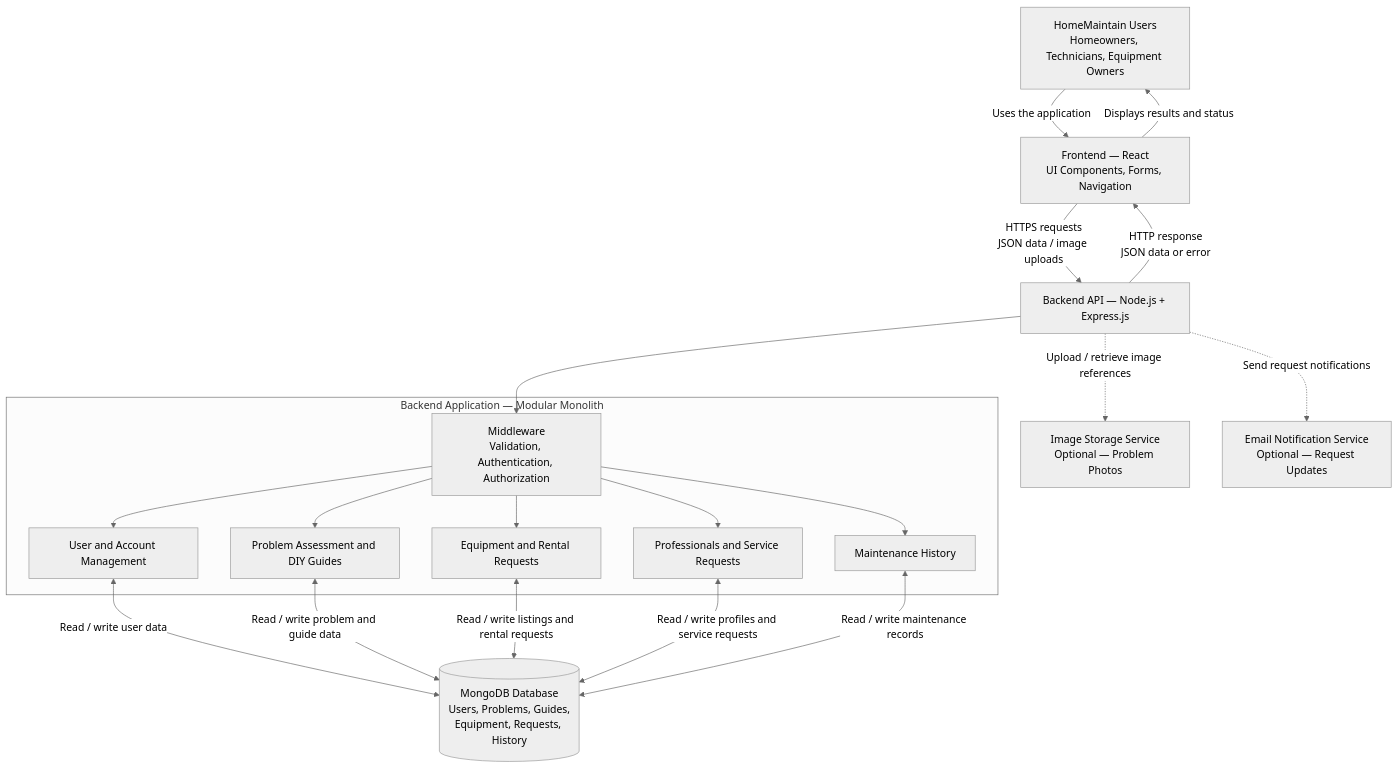
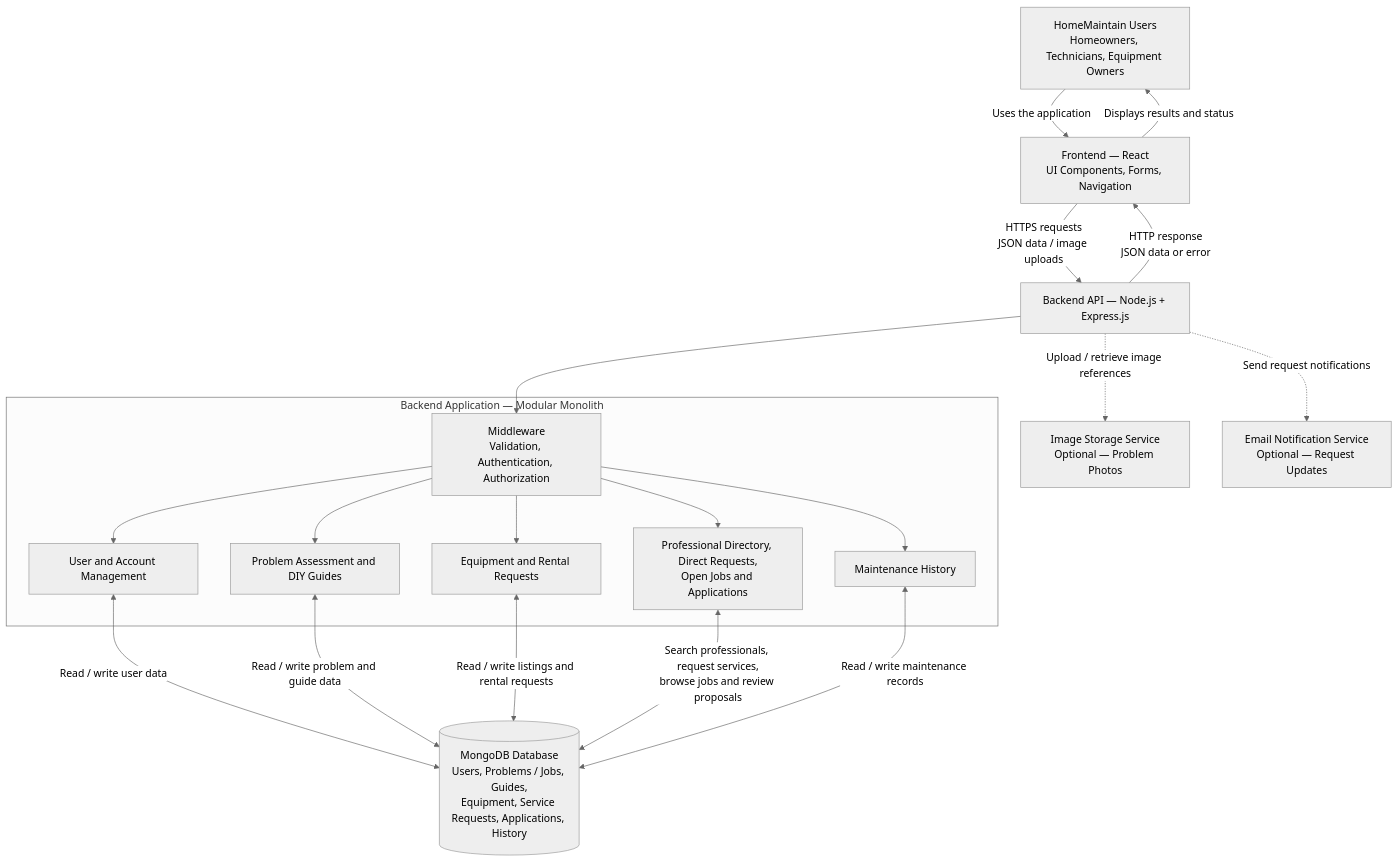
The diagram in Project_Documentation/SystemArchitecture.md (zannedMaryem/holberton_HomeMaintain), drawn with Mermaid (neutral theme) before and after one commit. The commit also changed other lines of this file and 4 other files, not shown here.

````diff
--- a/Project_Documentation/SystemArchitecture.md
+++ b/Project_Documentation/SystemArchitecture.md
@@ -22,40 +22,40 @@
 ```mermaid
 flowchart TD
     USER["HomeMaintain Users<br/>Homeowners, Technicians, Equipment Owners"]
     FRONT["Frontend — React<br/>UI Components, Forms, Navigation"]
     API["Backend API — Node.js + Express.js"]
 
     subgraph SERVER["Backend Application — Modular Monolith"]
         MW["Middleware<br/>Validation, Authentication, Authorization"]
         AUTH["User and Account Management"]
         PROB["Problem Assessment and DIY Guides"]
         RENT["Equipment and Rental Requests"]
-        TECH["Professionals and Service Requests"]
+        TECH["Professional Directory, Direct Requests,<br/>Open Jobs and Applications"]
         HIST["Maintenance History"]
     end
 
-    DB[("MongoDB Database<br/>Users, Problems, Guides,<br/>Equipment, Requests, History")]
+    DB[("MongoDB Database<br/>Users, Problems / Jobs, Guides,<br/>Equipment, Service Requests, Applications, History")]
     STORAGE["Image Storage Service<br/>Optional — Problem Photos"]
     EMAIL["Email Notification Service<br/>Optional — Request Updates"]
 
     USER -->|"Uses the application"| FRONT
     FRONT -->|"HTTPS requests<br/>JSON data / image uploads"| API
     API --> MW
     MW --> AUTH
     MW --> PROB
     MW --> RENT
     MW --> TECH
     MW --> HIST
 
     AUTH <-->|"Read / write user data"| DB
     PROB <-->|"Read / write problem and guide data"| DB
     RENT <-->|"Read / write listings and rental requests"| DB
-    TECH <-->|"Read / write profiles and service requests"| DB
+    TECH <-->|"Search professionals, request services,<br/>browse jobs and review proposals"| DB
     HIST <-->|"Read / write maintenance records"| DB
 
     API -.->|"Upload / retrieve image references"| STORAGE
     API -.->|"Send request notifications"| EMAIL
 
     API -->|"HTTP response<br/>JSON data or error"| FRONT
     FRONT -->|"Displays results and status"| USER
 ```
````
